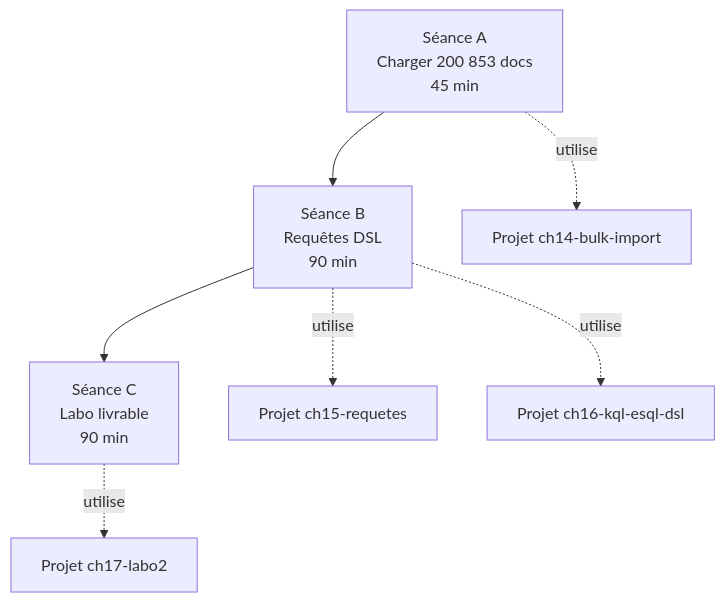
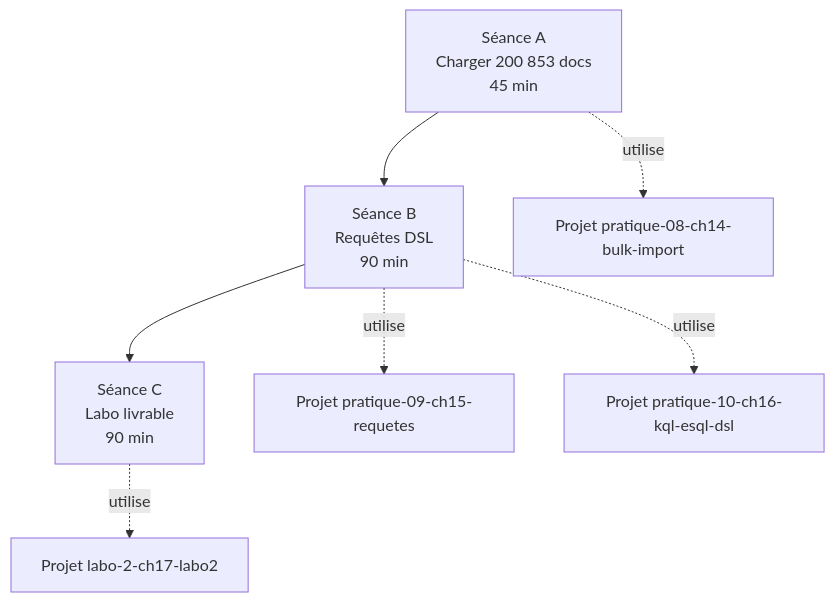
Before and after one commit to haythem-rehouma/Elastic-Search-0: the diagram in docs2-cours1/assets-cours2/GUIDE-PRATIQUE-2.md, drawn with Mermaid. The commit also changed other lines of this file and 133 other files, not shown here.

````diff
--- a/docs2-cours1/assets-cours2/GUIDE-PRATIQUE-2.md
+++ b/docs2-cours1/assets-cours2/GUIDE-PRATIQUE-2.md
@@ -62,10 +62,10 @@
 ```mermaid
 flowchart TB
     A[Séance A<br/>Charger 200 853 docs<br/>45 min] --> B[Séance B<br/>Requêtes DSL<br/>90 min]
     B --> C[Séance C<br/>Labo livrable<br/>90 min]
     
-    A -.utilise.-> P14[Projet ch14-bulk-import]
-    B -.utilise.-> P15[Projet ch15-requetes]
-    B -.utilise.-> P16[Projet ch16-kql-esql-dsl]
-    C -.utilise.-> P17[Projet ch17-labo2]
+    A -.utilise.-> P14[Projet pratique-08-ch14-bulk-import]
+    B -.utilise.-> P15[Projet pratique-09-ch15-requetes]
+    B -.utilise.-> P16[Projet pratique-10-ch16-kql-esql-dsl]
+    C -.utilise.-> P17[Projet labo-2-ch17-labo2]
 ```
````
